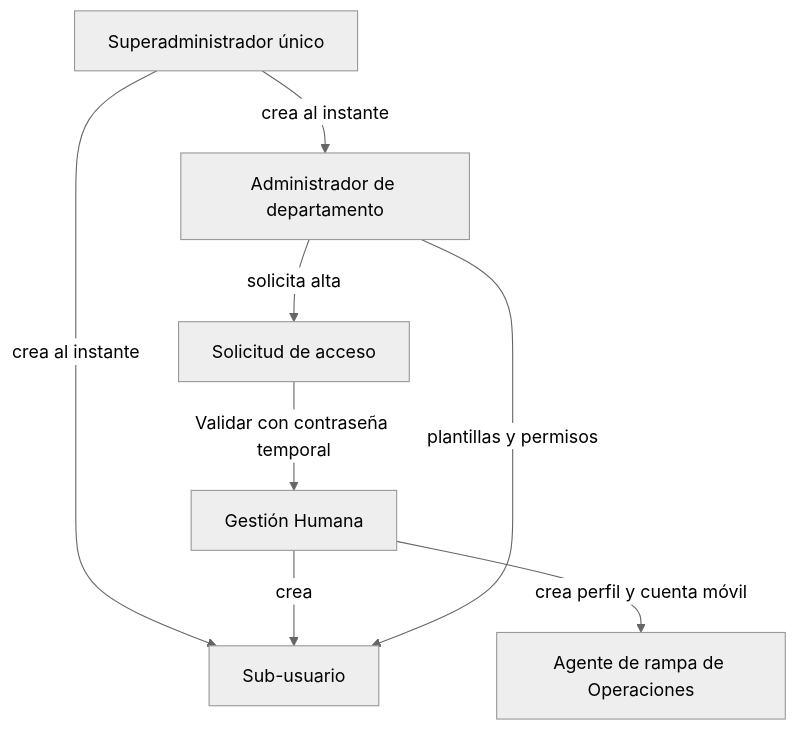
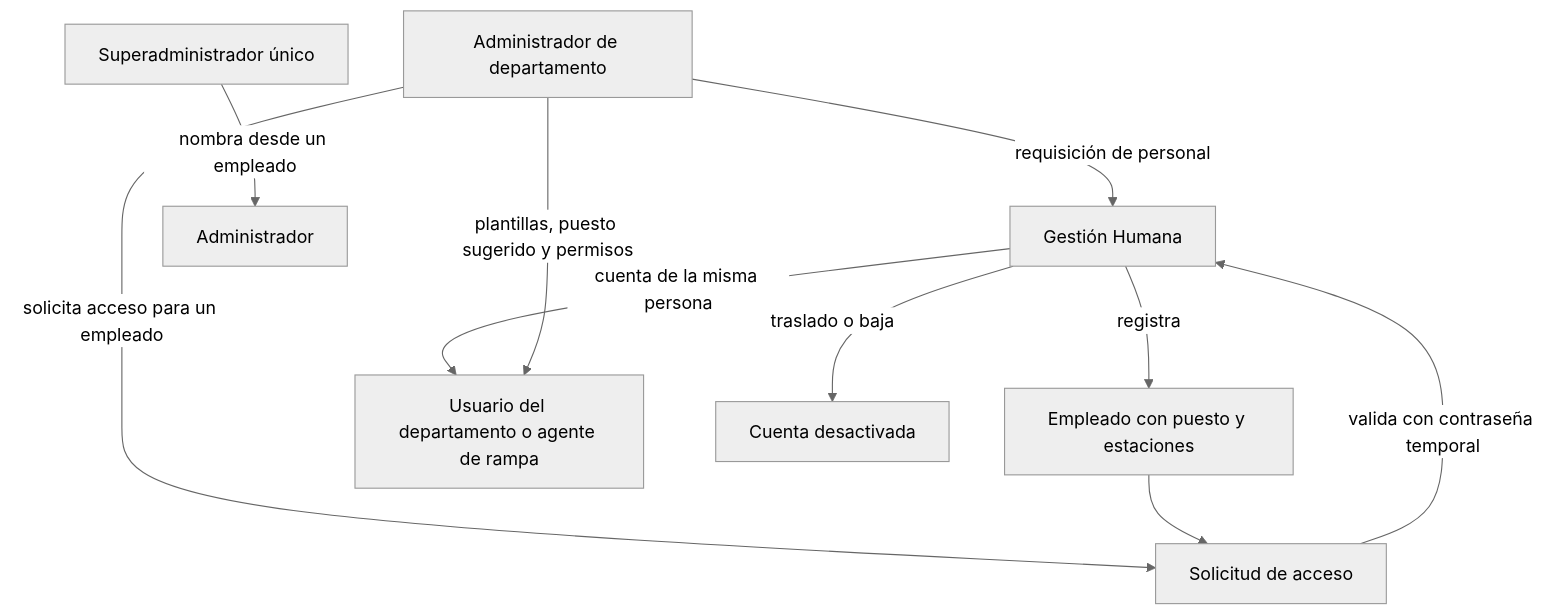
The diagram in Vault/03-dominio/gobernanza-por-departamento.md (ErickEduardo027/ELEVANT), drawn with Mermaid (neutral theme) before and after one commit. The commit also changed other lines of this file and 6 other files, not shown here.

````diff
--- a/Vault/03-dominio/gobernanza-por-departamento.md
+++ b/Vault/03-dominio/gobernanza-por-departamento.md
@@ -41,10 +55,12 @@
 ```mermaid
 flowchart TD
-    SA[Superadministrador único] -->|crea al instante| ADM[Administrador de departamento]
-    SA -->|crea al instante| MEM[Sub-usuario]
-    ADM -->|solicita alta| REQ[Solicitud de acceso]
-    REQ -->|Validar con contraseña temporal| GH[Gestión Humana]
-    GH -->|crea| MEM
-    GH -->|crea perfil y cuenta móvil| RA[Agente de rampa de Operaciones]
-    ADM -->|plantillas y permisos| MEM
+    ADM[Administrador de departamento] -->|requisición de personal| GH[Gestión Humana]
+    GH -->|registra| EMP[Empleado con puesto y estaciones]
+    SA[Superadministrador único] -->|nombra desde un empleado| ADMIN2[Administrador]
+    ADM -->|solicita acceso para un empleado| REQ[Solicitud de acceso]
+    EMP --> REQ
+    REQ -->|valida con contraseña temporal| GH
+    GH -->|cuenta de la misma persona| MEM[Usuario del departamento o agente de rampa]
+    ADM -->|plantillas, puesto sugerido y permisos| MEM
+    GH -->|traslado o baja| OFF[Cuenta desactivada]
 ```
````
